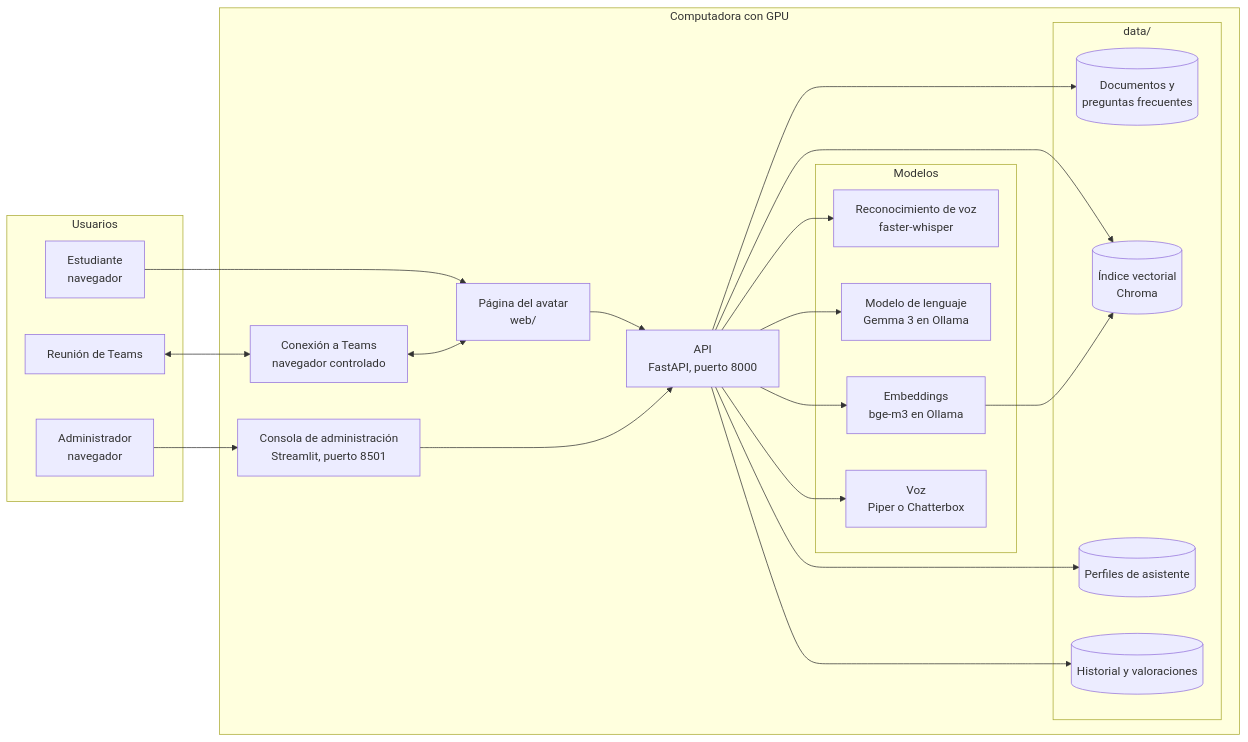
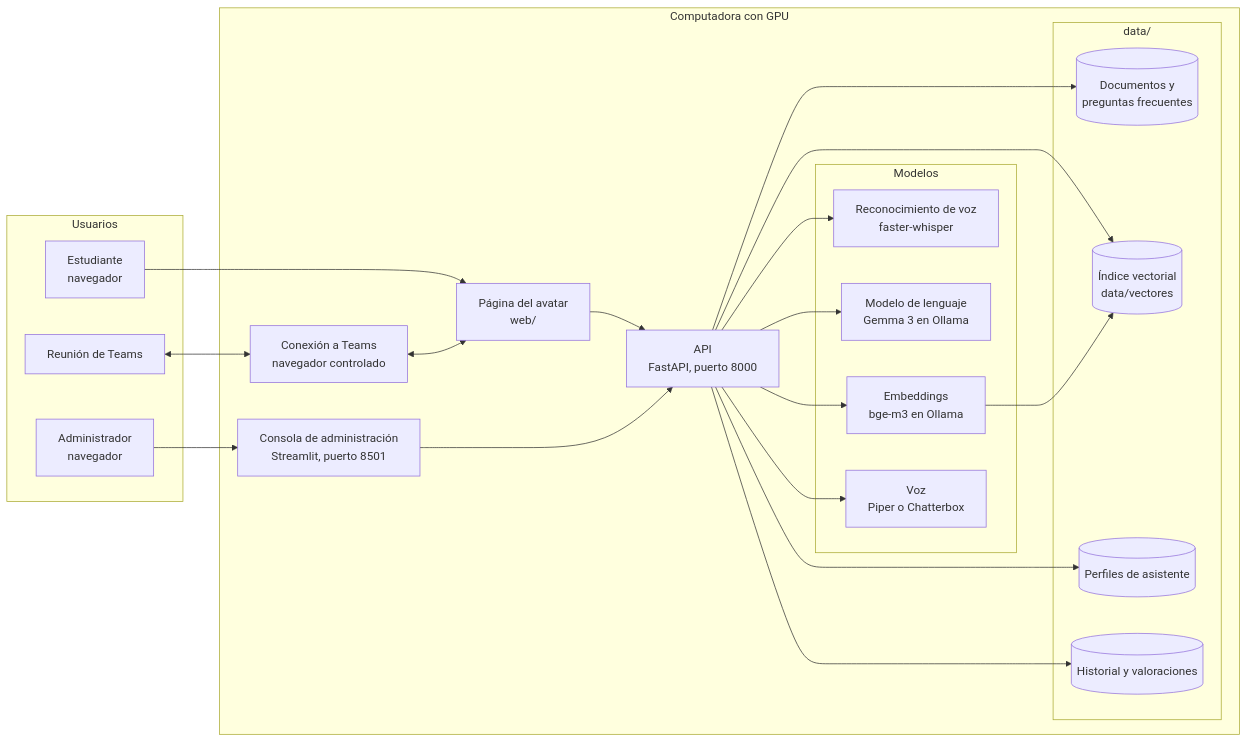
Before and after one commit to DIDDY616/Chatbot: the first of 3 diagrams in docs/arquitectura.md, drawn with Mermaid. The commit also changed other lines of this file and 15 other files, not shown here.

````diff
--- a/docs/arquitectura.md
+++ b/docs/arquitectura.md
@@ -5,45 +5,45 @@
 ```mermaid
 flowchart LR
     subgraph Usuarios
         E[Estudiante<br>navegador]
         R[Reunión de Teams]
         A[Administrador<br>navegador]
     end
 
     subgraph Computadora["Computadora con GPU"]
         W[Página del avatar<br>web/]
         C[Consola de administración<br>Streamlit, puerto 8501]
         API[API<br>FastAPI, puerto 8000]
         T[Conexión a Teams<br>navegador controlado]
 
         subgraph IA["Modelos"]
             STT[Reconocimiento de voz<br>faster-whisper]
             LLM[Modelo de lenguaje<br>Gemma 3 en Ollama]
             EMB[Embeddings<br>bge-m3 en Ollama]
             TTS[Voz<br>Piper o Chatterbox]
         end
 
         subgraph Datos["data/"]
             D[(Documentos y<br>preguntas frecuentes)]
-            V[(Índice vectorial<br>Chroma)]
+            V[(Índice vectorial<br>data/vectores)]
             P[(Perfiles de asistente)]
             H[(Historial y valoraciones)]
         end
     end
 
     E --> W
     A --> C
     R <--> T
     T <--> W
     W --> API
     C --> API
     API --> STT
     API --> LLM
     API --> EMB
     API --> TTS
     API --> V
     API --> D
     API --> P
     API --> H
     EMB --> V
 ```
````
